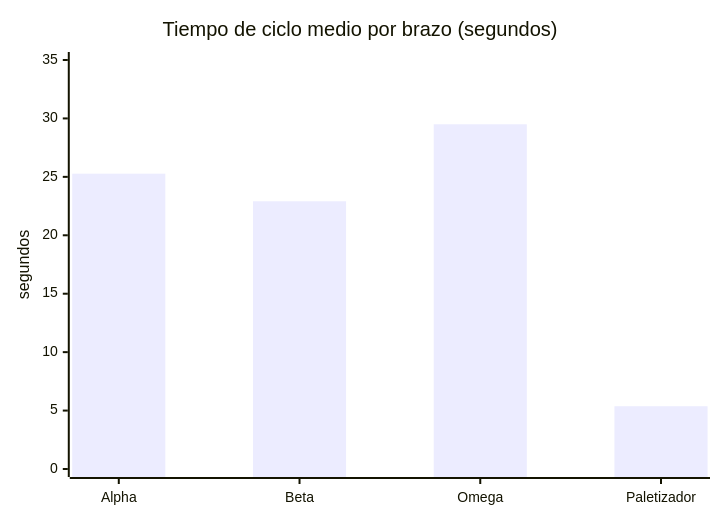
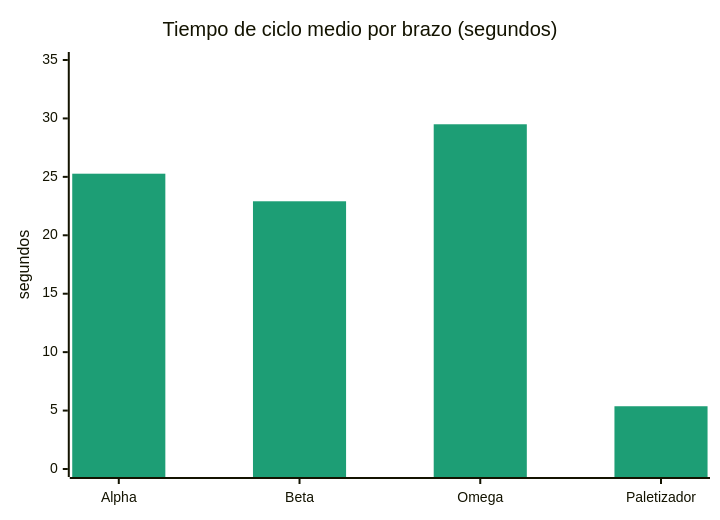
Diagram 16 of 16 in README.md (jorgefajardom-coder/drone-packaging-simulation-unity), drawn with Mermaid before and after one commit. The commit also changed other lines of this file, not shown here.

````diff
--- a/README.md
+++ b/README.md
@@ -2751,7 +2754,8 @@
 ```mermaid
+%%{init: {'theme': 'base', 'themeVariables': {'xyChart': {'plotColorPalette': '#1D9E75,#1D9E75,#378ADD,#B75A34'}}}}%%
 xychart-beta
     title "Tiempo de ciclo medio por brazo (segundos)"
     x-axis ["Alpha", "Beta", "Omega", "Paletizador"]
     y-axis "segundos" 0 --> 35
     bar [25.27, 22.91, 29.50, 5.37]
 ```
````
